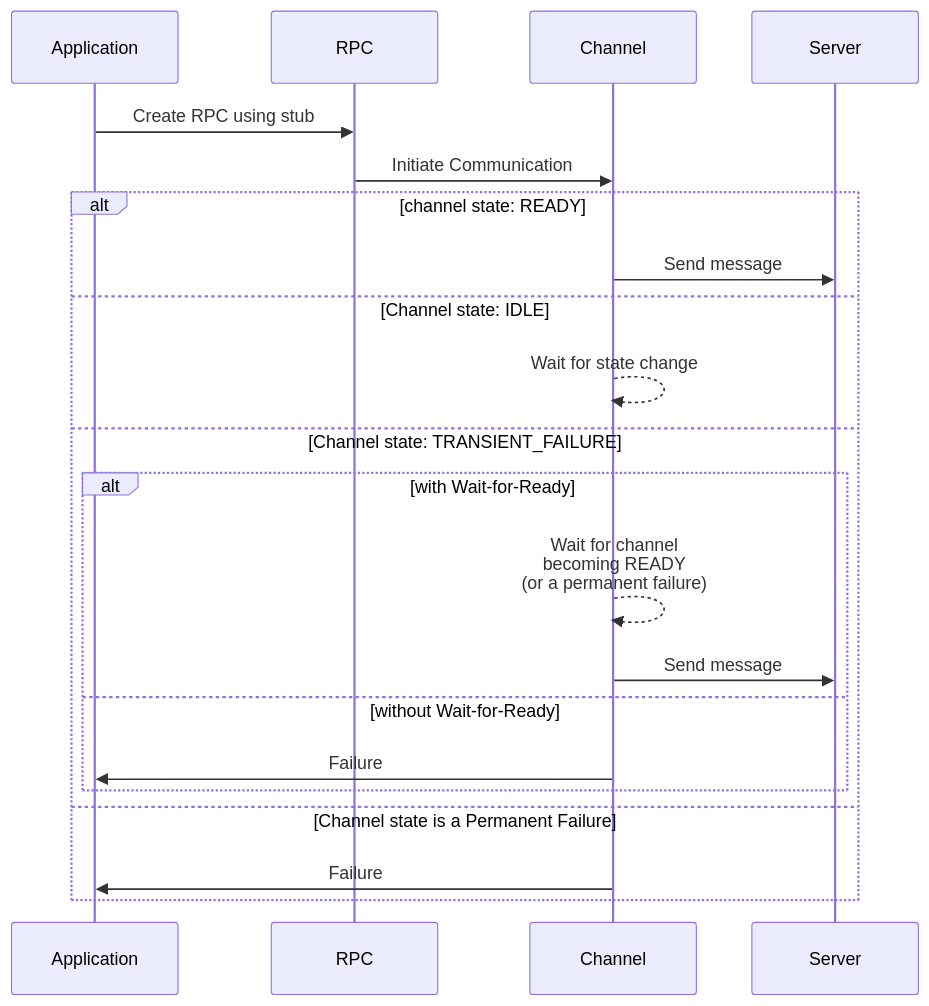
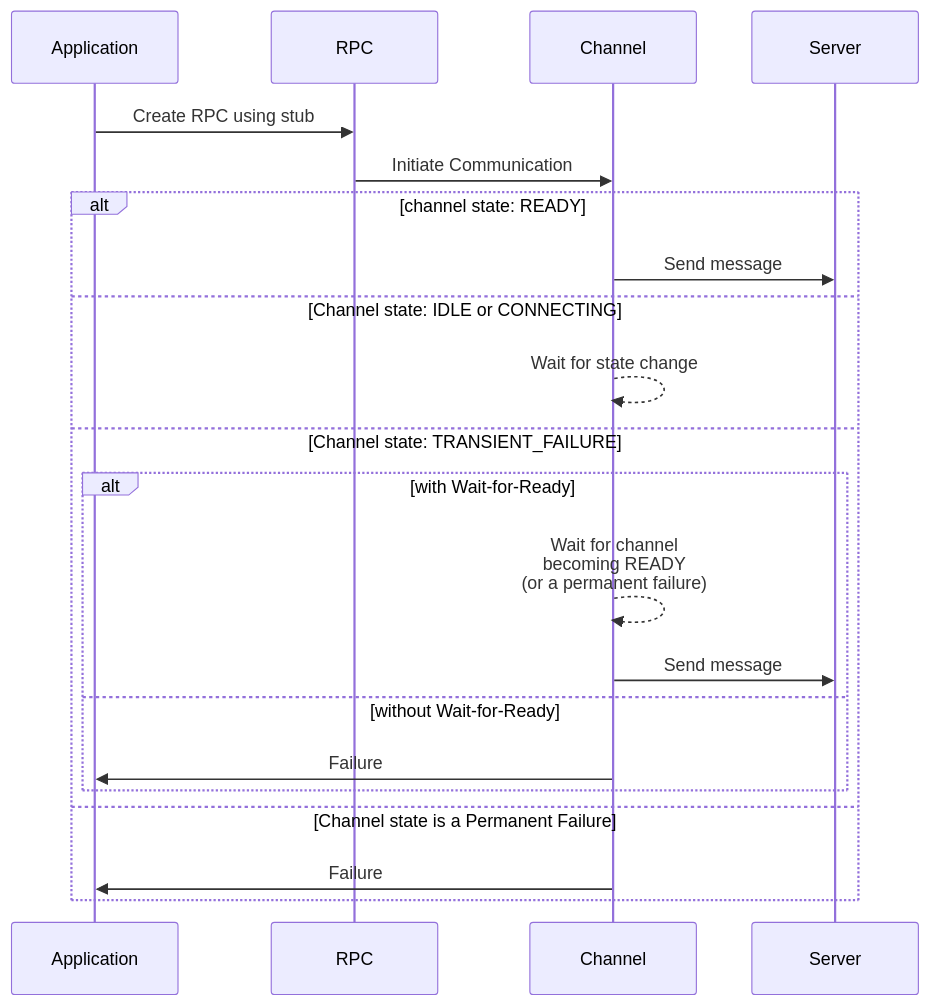
One commit to grpc/grpc.io changed the first of 2 diagrams in content/en/docs/guides/wait-for-ready.md. Above: the diagram before and after it, drawn with Mermaid. The commit also changed other lines of this file, not shown here.

````diff
--- a/content/en/docs/guides/wait-for-ready.md
+++ b/content/en/docs/guides/wait-for-ready.md
@@ -35,23 +36,23 @@
 ```mermaid
 sequenceDiagram
 participant A as Application
 participant RPC
 participant CH as Channel
 participant S as Server 
 A->>RPC: Create RPC using stub
 RPC->>CH: Initiate Communication
 alt channel state: READY
   CH->>S: Send message
-else Channel state: IDLE
+else Channel state: IDLE or CONNECTING
   CH-->>CH: Wait for state change
 else Channel state: TRANSIENT_FAILURE
   alt with Wait-for-Ready
     CH-->>CH: Wait for channel<br>becoming READY<br>(or a permanent failure)
     CH->>S: Send message
   else without Wait-for-Ready
     CH->>A: Failure
   end
 else Channel state is a Permanent Failure
     CH->>A: Failure
 end
 ```
````
